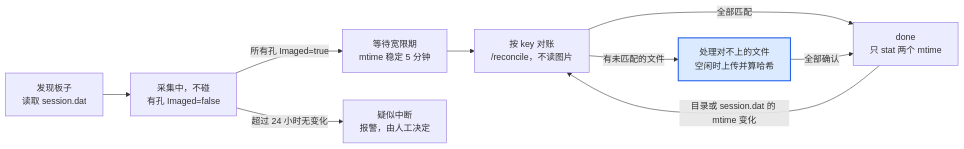
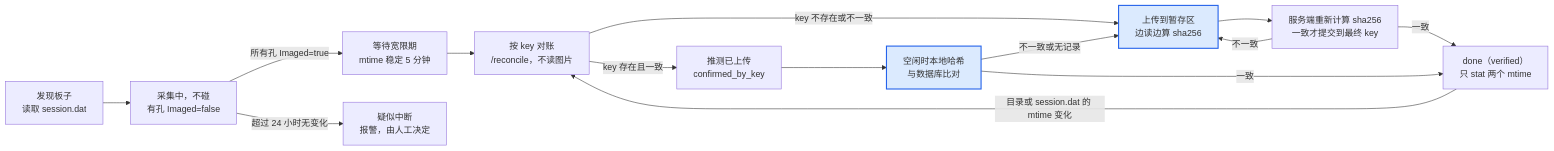
Before and after one commit to yw2436/cellimage2count-general-host: the diagram in docs/design/imaging-uploader-io-optimization.md, drawn with Mermaid. The commit also changed other lines of this file, not shown here.

````diff
--- a/docs/design/imaging-uploader-io-optimization.md
+++ b/docs/design/imaging-uploader-io-optimization.md
@@ -79,14 +94,19 @@
 ```mermaid
 flowchart LR
     discover["发现板子<br/>读取 session.dat"] --> acquiring["采集中，不碰<br/>有孔 Imaged=false"]
     acquiring -->|所有孔 Imaged=true| grace["等待宽限期<br/>mtime 稳定 5 分钟"]
+    acquiring -->|超过 24 小时无变化| stalled["疑似中断<br/>报警，由人工决定"]
     grace --> reconcile["按 key 对账<br/>/reconcile，不读图片"]
-    acquiring -->|超过 24 小时无变化| stalled["疑似中断<br/>报警，由人工决定"]
-    reconcile -->|全部匹配| done["done<br/>只 stat 两个 mtime"]
-    reconcile -->|有未匹配的文件| process["处理对不上的文件<br/>空闲时上传并算哈希"]
-    process -->|全部确认| done
+    reconcile -->|key 不存在或不一致| upload["上传到暂存区<br/>边读边算 sha256"]
+    upload --> commit["服务端重新计算 sha256<br/>一致才提交到最终 key"]
+    commit -->|不一致| upload
+    commit -->|一致| done["done（verified）<br/>只 stat 两个 mtime"]
+    reconcile -->|key 存在且一致| provisional["推测已上传<br/>confirmed_by_key"]
+    provisional --> verify["空闲时本地哈希<br/>与数据库比对"]
+    verify -->|一致| done
+    verify -->|不一致或无记录| upload
     done -->|目录或 session.dat 的 mtime 变化| reconcile
 
     classDef reads fill:#dbeafe,stroke:#2563eb,stroke-width:2px
-    class process reads
+    class upload,verify reads
 ```
````
